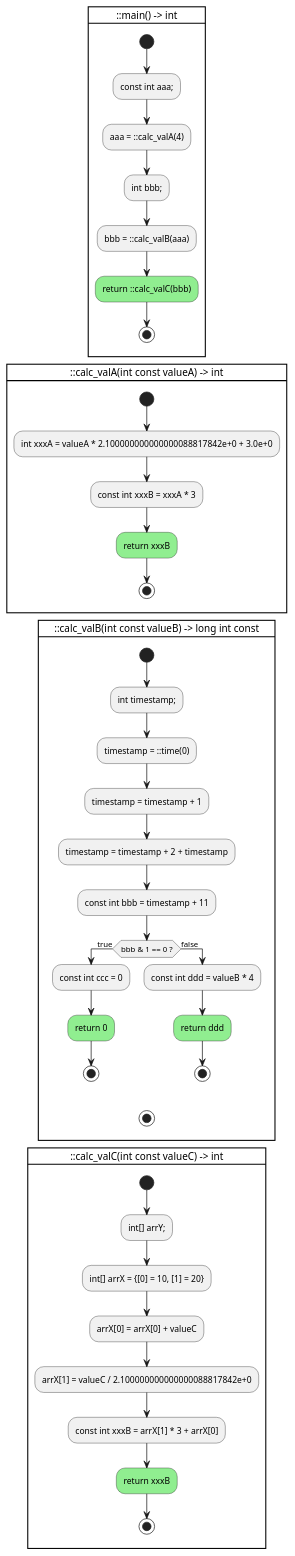
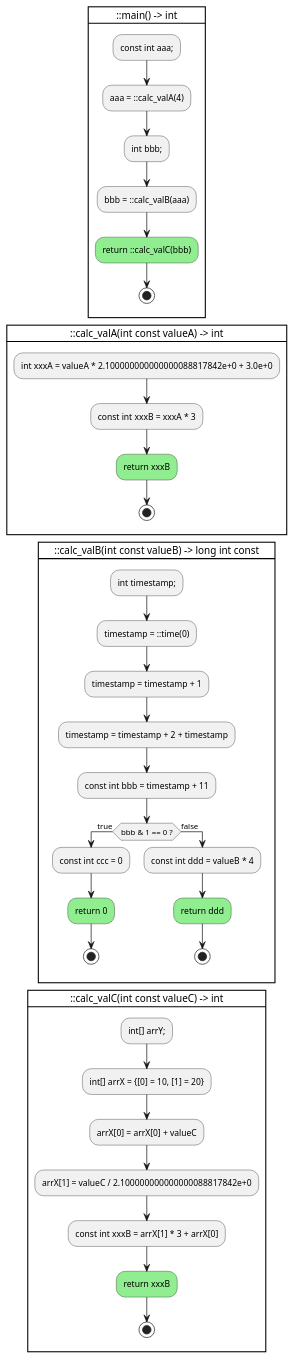
One commit to anetczuk/gcc-uml changed the diagram in examples/ctrlflowgraph/ctrl_main.cpp.puml. Above: the diagram before and after it, drawn with PlantUML. The commit also changed 12 other files, not shown here.

```diff
--- a/examples/ctrlflowgraph/ctrl_main.cpp.puml
+++ b/examples/ctrlflowgraph/ctrl_main.cpp.puml
@@ -1,52 +1,51 @@
 @startuml
 
 card "::main() -> int" {
-    start
     :const int aaa;;
     :aaa = ::calc_valA(4);
     :int bbb;;
     :bbb = ::calc_valB(aaa);
     #lightgreen:return ::calc_valC(bbb);
     stop
+    -[hidden]->
 }
 
 card "::calc_valA(int const valueA) -> int" {
-    start
     :int xxxA = valueA * 2.100000000000000088817842e+0 + 3.0e+0;
     :const int xxxB = xxxA * 3;
     #lightgreen:return xxxB;
     stop
+    -[hidden]->
 }
 
 card "::calc_valB(int const valueB) -> long int const" {
-    start
     :int timestamp;;
     :timestamp = ::time(0);
     :timestamp = timestamp + 1;
     :timestamp = timestamp + 2 + timestamp;
     :const int bbb = timestamp + 11;
     if (bbb & 1 == 0 ?) then (true)
         :const int ccc = 0;
         #lightgreen:return 0;
         stop
     else (false)
         :const int ddd = valueB * 4;
         #lightgreen:return ddd;
         stop
     endif
-    stop
+    -[hidden]->
 }
 
 card "::calc_valC(int const valueC) -> int" {
-    start
     :int[] arrY;;
     :int[] arrX = {[0] = 10, [1] = 20};
     :arrX[0] = arrX[0] + valueC;
     :arrX[1] = valueC / 2.100000000000000088817842e+0;
     :const int xxxB = arrX[1] * 3 + arrX[0];
     #lightgreen:return xxxB;
     stop
+    -[hidden]->
 }
 
 
 @enduml
```
